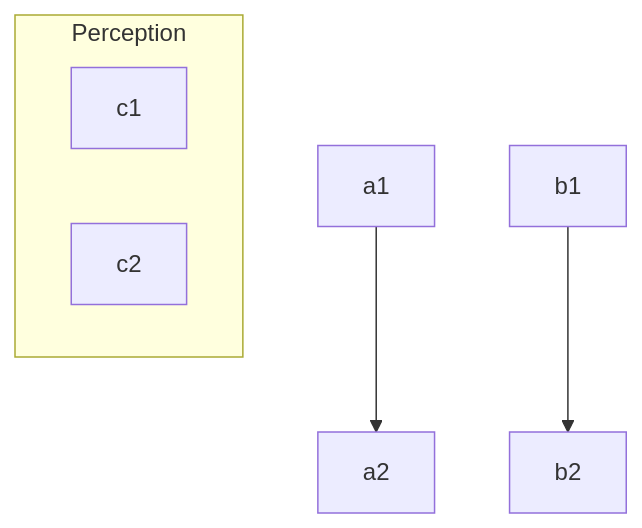
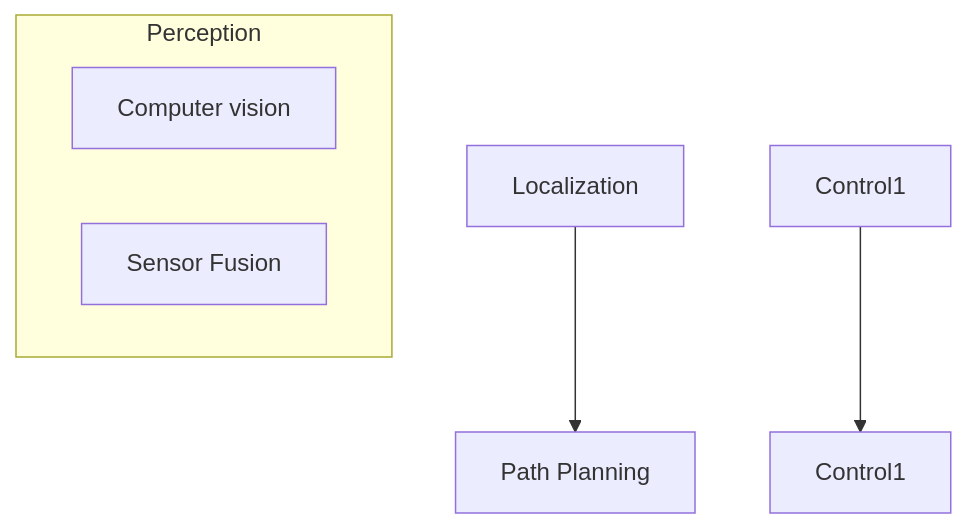
Before and after one commit to afondiel/computer-science-notebook: the diagram in automotive/self-driving/self-driving-notes.md, drawn with Mermaid.

Commit message:
auto-self-drv: update mermaid graph

````diff
--- a/automotive/self-driving/self-driving-notes.md
+++ b/automotive/self-driving/self-driving-notes.md
@@ -20,9 +20,9 @@
 ```mermaid
  graph TD
-         a1-->a2
-         b1-->b2
+         a1[Localization]-->a2[Path Planning]
+         b1[Control1]-->b2[Control1]
          subgraph Perception
-         c1
-         c2
+         c1[Computer vision]
+         c2[Sensor Fusion]
          end
 ```
````
